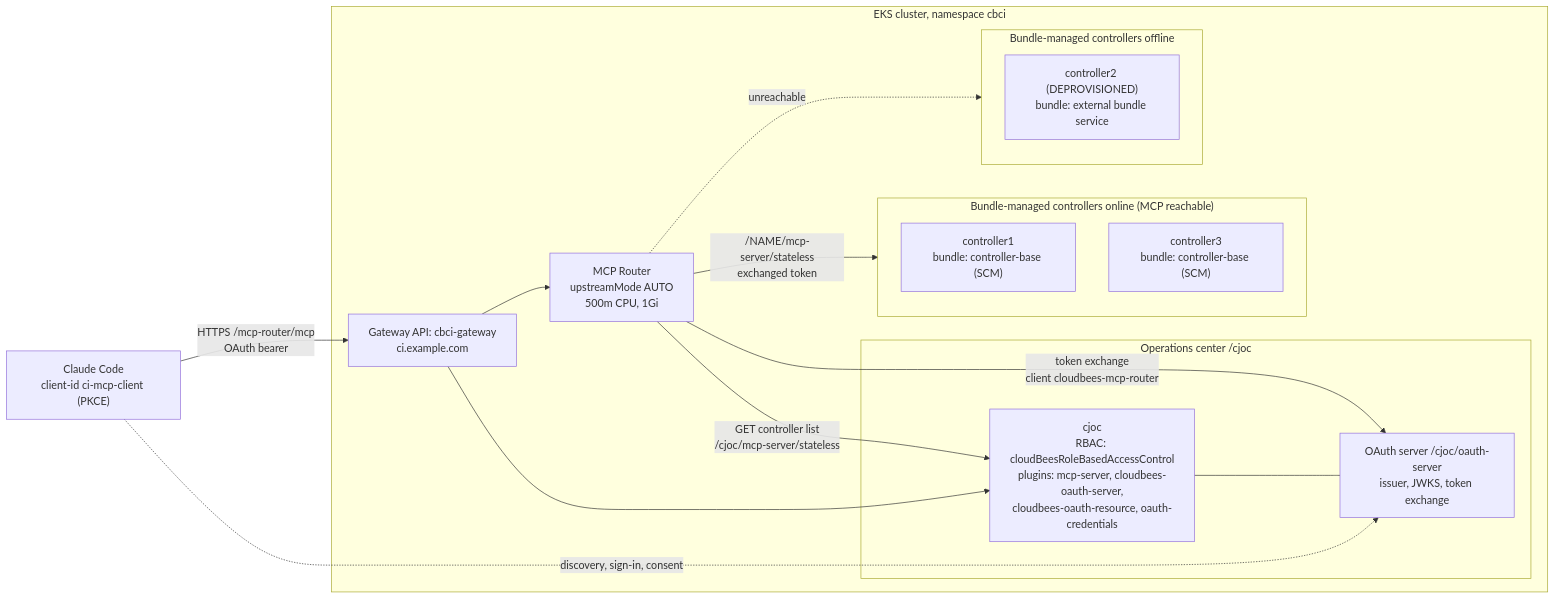
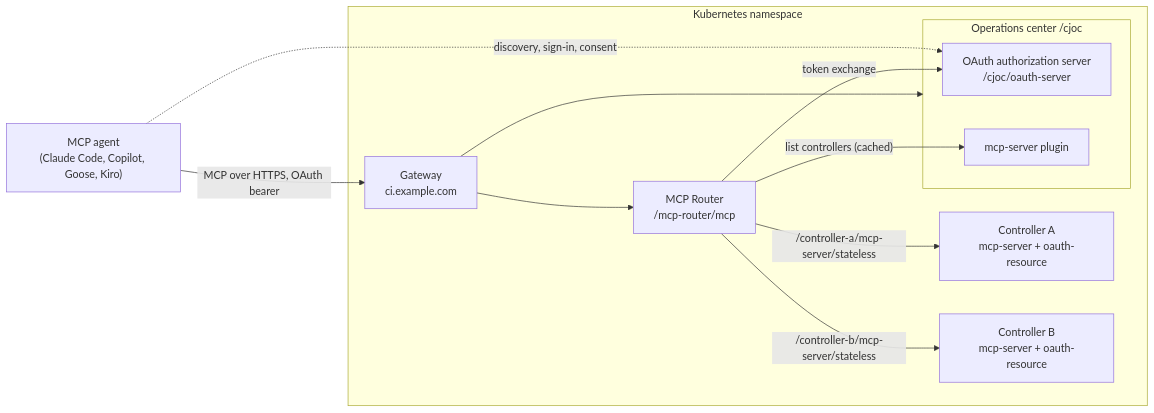
The first of 2 diagrams in MCP.md (cb-ci/ci-gateway-api), drawn with Mermaid before and after one commit. The commit also changed other lines of this file, not shown here.

````diff
--- a/MCP.md
+++ b/MCP.md
@@ -154,33 +39,24 @@
 ```mermaid
 flowchart LR
-    Agent["Claude Code<br/>client-id ci-mcp-client (PKCE)"]
+    Agent["MCP agent<br/>(Claude Code, Copilot, Goose, Kiro)"]
 
-    subgraph EKS["EKS cluster, namespace cbci"]
-        GW["Gateway API: cbci-gateway<br/>ci.example.com"]
-        R["MCP Router<br/>upstreamMode AUTO<br/>500m CPU, 1Gi"]
-
-        subgraph OCS["Operations center /cjoc"]
-            OC["cjoc<br/>RBAC: cloudBeesRoleBasedAccessControl<br/>plugins: mcp-server, cloudbees-oauth-server,<br/>cloudbees-oauth-resource, oauth-credentials"]
-            AS["OAuth server /cjoc/oauth-server<br/>issuer, JWKS, token exchange"]
+    subgraph K8s["Kubernetes namespace"]
+        GW["Gateway<br/>ci.example.com"]
+        R["MCP Router<br/>/mcp-router/mcp"]
+        subgraph OC["Operations center /cjoc"]
+            AS["OAuth authorization server<br/>/cjoc/oauth-server"]
+            OCM["mcp-server plugin"]
         end
-
-        subgraph ON["Bundle-managed controllers online (MCP reachable)"]
-            C1["controller1<br/>bundle: controller-base (SCM)"]
-            C3["controller3<br/>bundle: controller-base (SCM)"]
-        end
-
-        subgraph OFF["Bundle-managed controllers offline"]
-            C2["controller2 (DEPROVISIONED)<br/>bundle: external bundle service"]
-        end
+        CA["Controller A<br/>mcp-server + oauth-resource"]
+        CB["Controller B<br/>mcp-server + oauth-resource"]
     end
 
-    Agent -->|"HTTPS /mcp-router/mcp<br/>OAuth bearer"| GW
+    Agent -->|"MCP over HTTPS, OAuth bearer"| GW
     Agent -.->|"discovery, sign-in, consent"| AS
     GW --> R
     GW --> OC
-    OC --- AS
-    R -->|"GET controller list<br/>/cjoc/mcp-server/stateless"| OC
-    R -->|"token exchange<br/>client cloudbees-mcp-router"| AS
-    R -->|"/NAME/mcp-server/stateless<br/>exchanged token"| ON
-    R -.->|"unreachable"| OFF
+    R -->|"list controllers (cached)"| OCM
+    R -->|"token exchange"| AS
+    R -->|"/controller-a/mcp-server/stateless"| CA
+    R -->|"/controller-b/mcp-server/stateless"| CB
 ```
````
